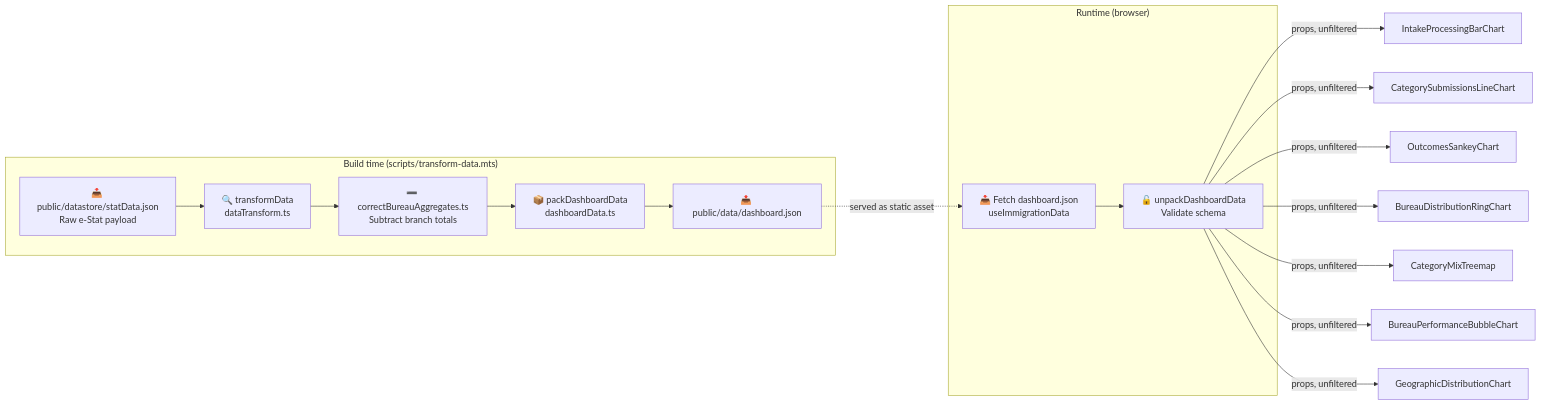
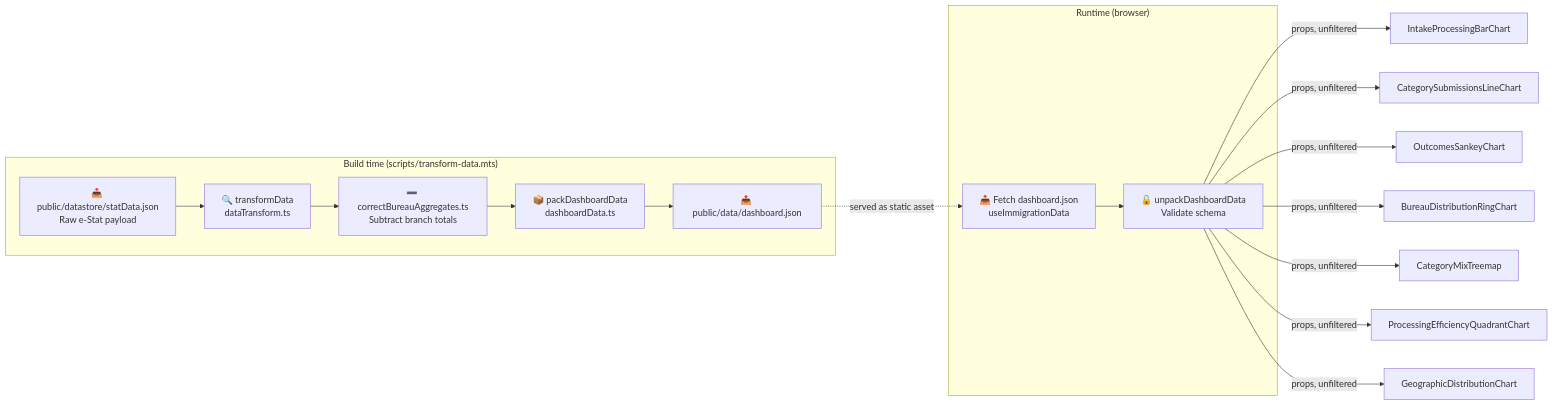
One commit to RetroHazard/JP_Immigration_Dashboard changed the eighth of 16 diagrams in ARCHITECTURE.md. Above: the diagram before and after it, drawn with Mermaid. The commit also changed other lines of this file and 13 other files, not shown here.

````diff
--- a/ARCHITECTURE.md
+++ b/ARCHITECTURE.md
@@ -340,32 +341,32 @@
 ```mermaid
 graph LR
     subgraph "Build time (scripts/transform-data.mts)"
         RAW["📥 public/datastore/statData.json<br/>Raw e-Stat payload"]
         FLATTEN["🔍 transformData<br/>dataTransform.ts"]
         CORRECT["➖ correctBureauAggregates.ts<br/>Subtract branch totals"]
         PACK["📦 packDashboardData<br/>dashboardData.ts"]
         OUT["📤 public/data/dashboard.json"]
         
         RAW --> FLATTEN
         FLATTEN --> CORRECT
         CORRECT --> PACK
         PACK --> OUT
     end
     
     subgraph "Runtime (browser)"
         FETCH["📥 Fetch dashboard.json<br/>useImmigrationData"]
         UNPACK["🔓 unpackDashboardData<br/>Validate schema"]
         
         FETCH --> UNPACK
     end
     
     OUT -.->|served as static asset| FETCH
     
     UNPACK -->|props, unfiltered| INTAKE["IntakeProcessingBarChart"]
     UNPACK -->|props, unfiltered| TYPES["CategorySubmissionsLineChart"]
     UNPACK -->|props, unfiltered| OUTCOMES["OutcomesSankeyChart"]
     UNPACK -->|props, unfiltered| SHARE["BureauDistributionRingChart"]
     UNPACK -->|props, unfiltered| MIX["CategoryMixTreemap"]
-    UNPACK -->|props, unfiltered| EFFICIENCY["BureauPerformanceBubbleChart"]
+    UNPACK -->|props, unfiltered| EFFICIENCY["ProcessingEfficiencyQuadrantChart"]
     UNPACK -->|props, unfiltered| MAP["GeographicDistributionChart"]
 ```
````
